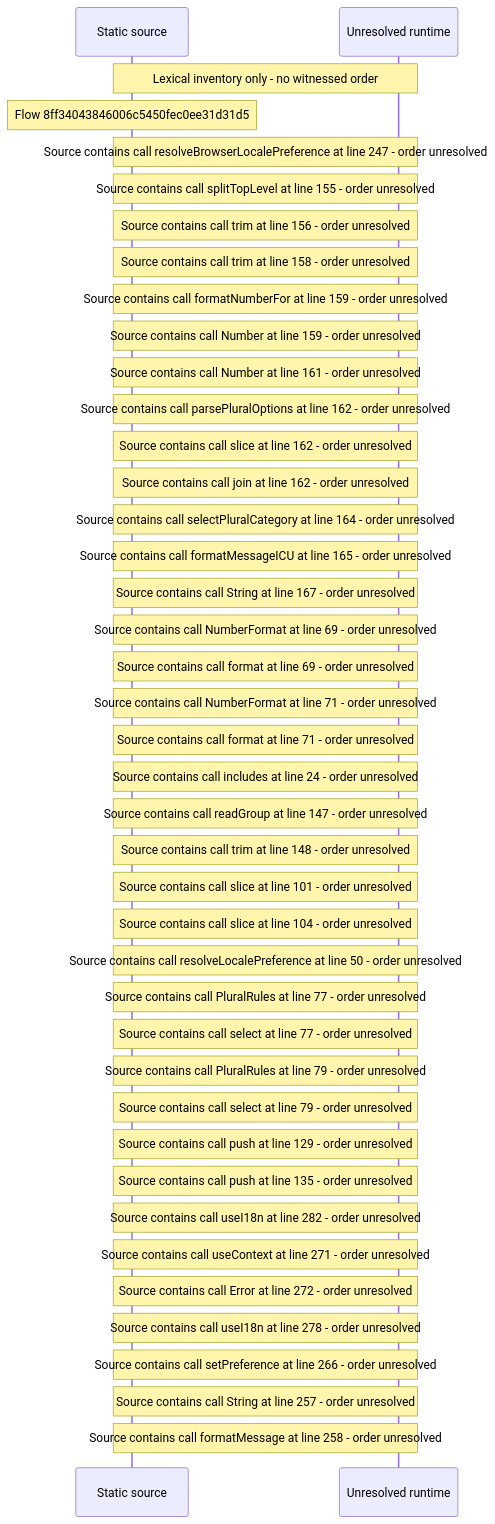
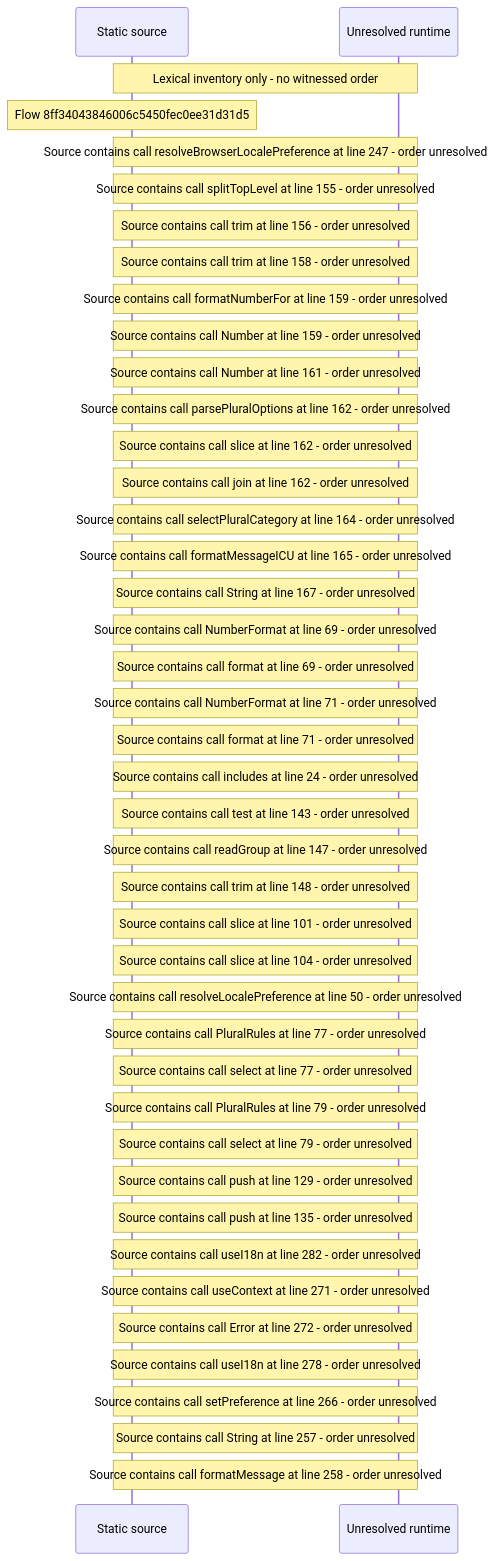
One commit to beamfall/core changed the diagram in docs/web/flows/generated/8ff34043846006c5450fec0ee31d31d5/flow-diagram.md. Above: the diagram before and after it, drawn with Mermaid. The commit also changed other lines of this file and 707 other files, not shown here.

Commit message:
Regenerate the web flow record with flow generator version 6

````diff
--- a/docs/web/flows/generated/8ff34043846006c5450fec0ee31d31d5/flow-diagram.md
+++ b/docs/web/flows/generated/8ff34043846006c5450fec0ee31d31d5/flow-diagram.md
@@ -10,43 +10,44 @@
 ```mermaid
 sequenceDiagram
     participant S as Static source
     participant U as Unresolved runtime
     Note over S,U: Lexical inventory only - no witnessed order
     Note over S: Flow 8ff34043846006c5450fec0ee31d31d5
     Note over S,U: Source contains call resolveBrowserLocalePreference at line 247 - order unresolved
     Note over S,U: Source contains call splitTopLevel at line 155 - order unresolved
     Note over S,U: Source contains call trim at line 156 - order unresolved
     Note over S,U: Source contains call trim at line 158 - order unresolved
     Note over S,U: Source contains call formatNumberFor at line 159 - order unresolved
     Note over S,U: Source contains call Number at line 159 - order unresolved
     Note over S,U: Source contains call Number at line 161 - order unresolved
     Note over S,U: Source contains call parsePluralOptions at line 162 - order unresolved
     Note over S,U: Source contains call slice at line 162 - order unresolved
     Note over S,U: Source contains call join at line 162 - order unresolved
     Note over S,U: Source contains call selectPluralCategory at line 164 - order unresolved
     Note over S,U: Source contains call formatMessageICU at line 165 - order unresolved
     Note over S,U: Source contains call String at line 167 - order unresolved
     Note over S,U: Source contains call NumberFormat at line 69 - order unresolved
     Note over S,U: Source contains call format at line 69 - order unresolved
     Note over S,U: Source contains call NumberFormat at line 71 - order unresolved
     Note over S,U: Source contains call format at line 71 - order unresolved
     Note over S,U: Source contains call includes at line 24 - order unresolved
+    Note over S,U: Source contains call test at line 143 - order unresolved
     Note over S,U: Source contains call readGroup at line 147 - order unresolved
     Note over S,U: Source contains call trim at line 148 - order unresolved
     Note over S,U: Source contains call slice at line 101 - order unresolved
     Note over S,U: Source contains call slice at line 104 - order unresolved
     Note over S,U: Source contains call resolveLocalePreference at line 50 - order unresolved
     Note over S,U: Source contains call PluralRules at line 77 - order unresolved
     Note over S,U: Source contains call select at line 77 - order unresolved
     Note over S,U: Source contains call PluralRules at line 79 - order unresolved
     Note over S,U: Source contains call select at line 79 - order unresolved
     Note over S,U: Source contains call push at line 129 - order unresolved
     Note over S,U: Source contains call push at line 135 - order unresolved
     Note over S,U: Source contains call useI18n at line 282 - order unresolved
     Note over S,U: Source contains call useContext at line 271 - order unresolved
     Note over S,U: Source contains call Error at line 272 - order unresolved
     Note over S,U: Source contains call useI18n at line 278 - order unresolved
     Note over S,U: Source contains call setPreference at line 266 - order unresolved
     Note over S,U: Source contains call String at line 257 - order unresolved
     Note over S,U: Source contains call formatMessage at line 258 - order unresolved
 ```
````
